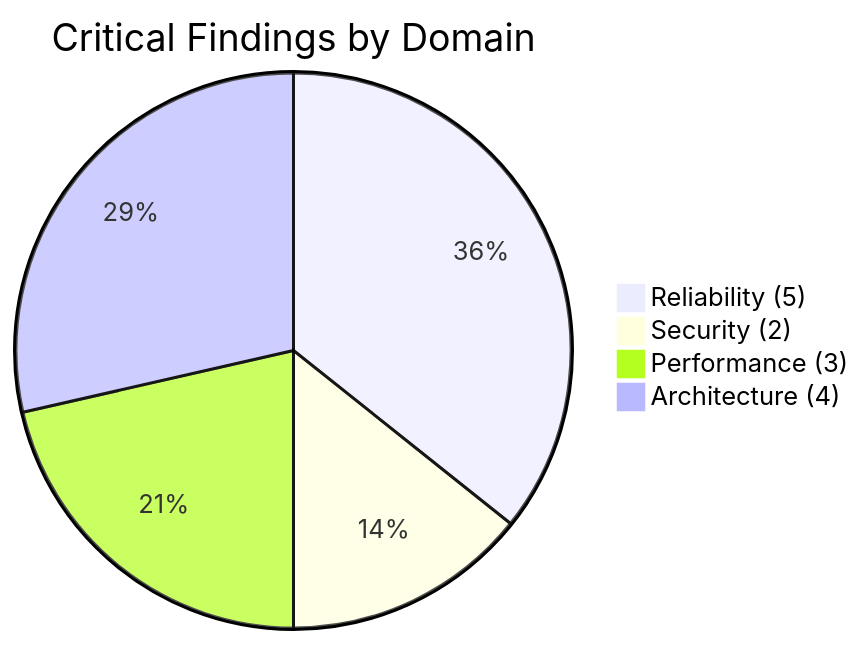
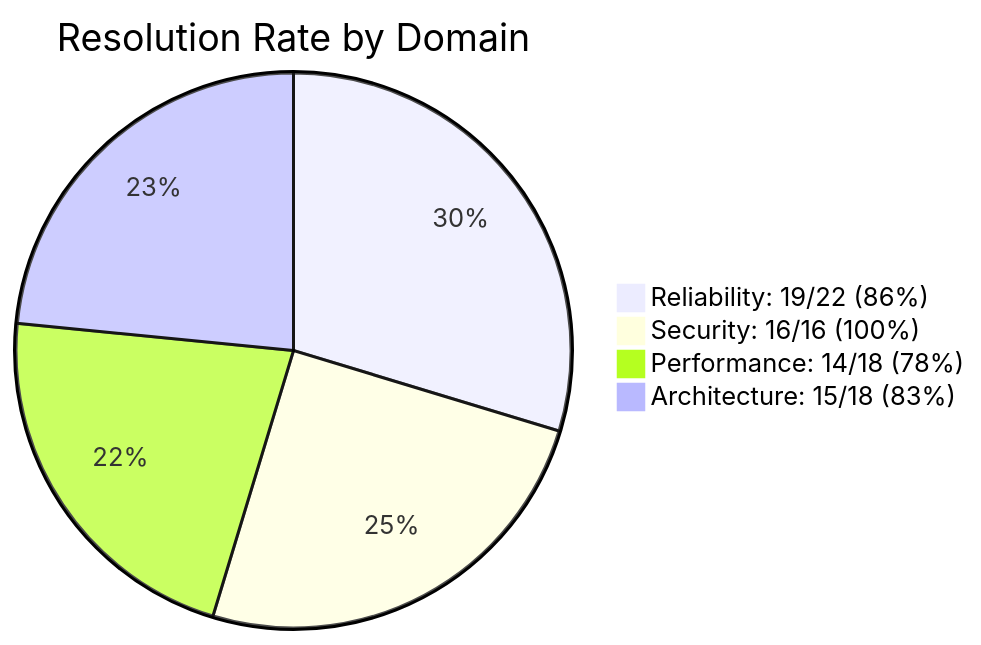
Before and after one commit to philhumber/wineApp: the second of 4 diagrams in docs/PRODUCTION_READINESS_AUDIT.md, drawn with Mermaid. The commit also changed other lines of this file and 12 other files, not shown here.

````diff
--- a/docs/PRODUCTION_READINESS_AUDIT.md
+++ b/docs/PRODUCTION_READINESS_AUDIT.md
@@ -25,7 +31,7 @@
 ```mermaid
-pie title Critical Findings by Domain
-    "Reliability (5)" : 5
-    "Security (2)" : 2
-    "Performance (3)" : 3
-    "Architecture (4)" : 4
+pie title Resolution Rate by Domain
+    "Reliability: 19/22 (86%)" : 19
+    "Security: 16/16 (100%)" : 16
+    "Performance: 14/18 (78%)" : 14
+    "Architecture: 15/18 (83%)" : 15
 ```
````
